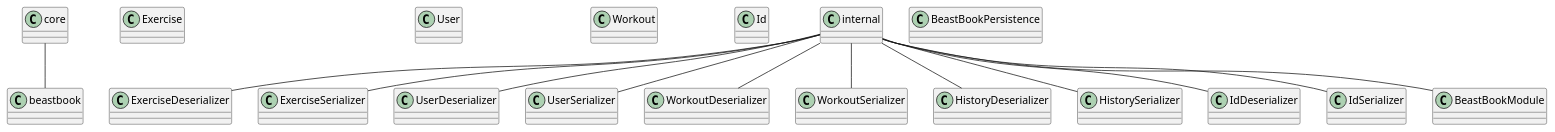
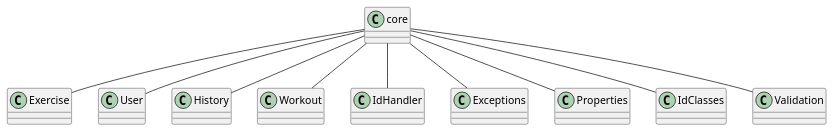
Before and after one commit to Madt2/IT1901-Prosjekt-host-2021: the diagram in docs/diagrams/coreDiagram.puml, drawn with PlantUML. The commit also changed 3 other files, not shown here.

Commit message:
Updated plant uml files

```diff
--- a/docs/diagrams/coreDiagram.puml
+++ b/docs/diagrams/coreDiagram.puml
@@ -1,29 +1,12 @@
 @startuml Core Diagram
 scale 1
-/'
-beastBook -- core
-beastBook -- fxui
-beastBook -- rest
-'/
-core -- beastbook
-beastbook -- core.core
-beastbook -- core.json
-
-core.core -- Exercise
-core.core -- User
-core.core -- Workout
-core.core -- Id
-core.json -- internal
-internal -- ExerciseDeserializer
-internal -- ExerciseSerializer
-internal -- UserDeserializer
-internal -- UserSerializer
-internal -- WorkoutDeserializer
-internal -- WorkoutSerializer
-internal -- HistoryDeserializer
-internal -- HistorySerializer
-internal -- IdDeserializer
-internal -- IdSerializer
-internal -- BeastBookModule
-core.json -- BeastBookPersistence
+core -- Exercise
+core -- User
+core -- History
+core -- Workout
+core -- IdHandler
+core -- Exceptions
+core -- Properties
+core -- IdClasses
+core -- Validation
 @enduml
```
